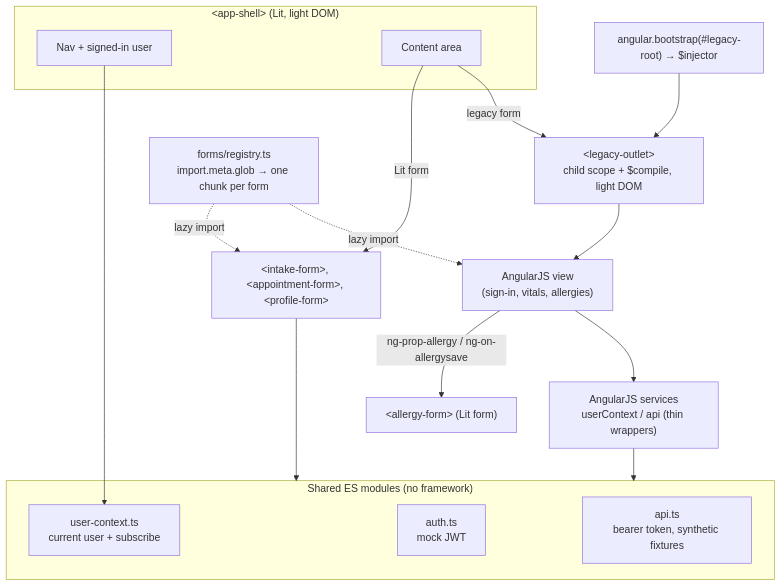
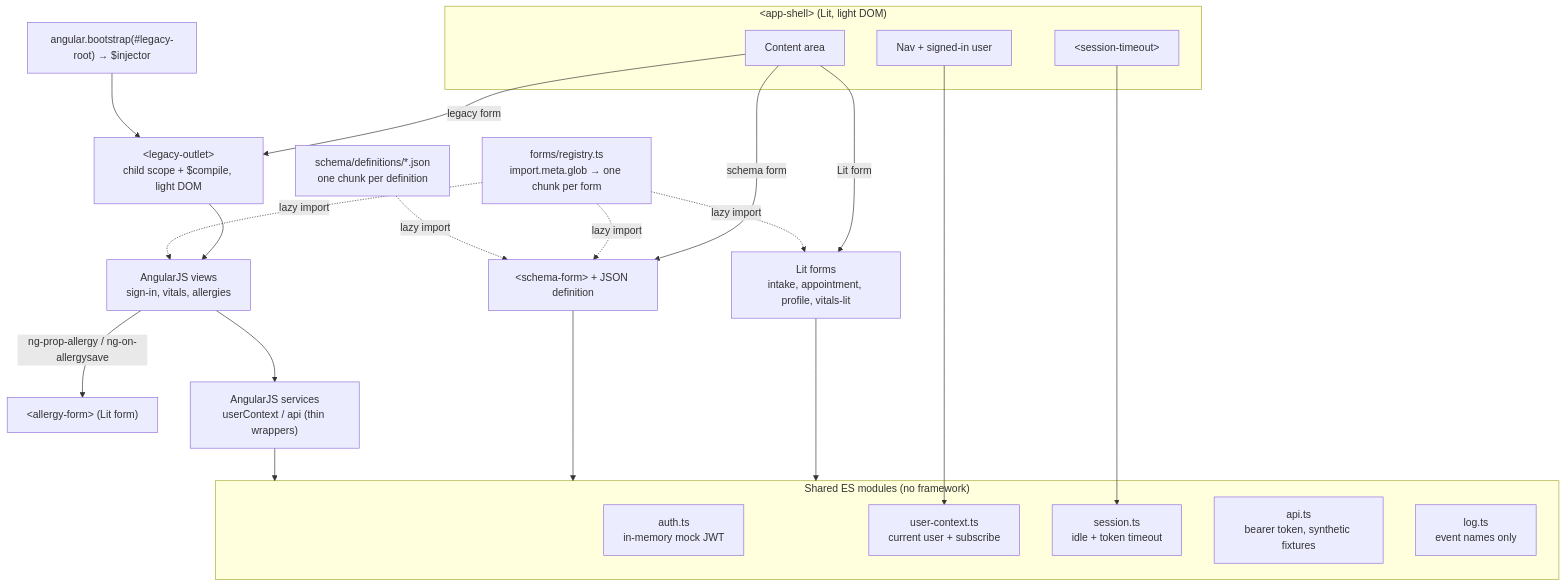
One commit to getupworkdev/angularjs-lit-coexistence-demo changed the diagram in README.md. Above: the diagram before and after it, drawn with Mermaid. The commit also changed other lines of this file, not shown here.

Commit message:
README: live link, conversion guide, schema forms, healthcare practices

````diff
--- a/README.md
+++ b/README.md
@@ -15,27 +18,35 @@
 ```mermaid
 flowchart TB
   subgraph Shell["&lt;app-shell&gt; (Lit, light DOM)"]
     Nav["Nav + signed-in user"]
+    Timeout["&lt;session-timeout&gt;"]
     Content["Content area"]
   end
 
-  Content -->|Lit form| LitForm["&lt;intake-form&gt;, &lt;appointment-form&gt;, &lt;profile-form&gt;"]
+  Content -->|Lit form| LitForm["Lit forms<br/>intake, appointment, profile, vitals-lit"]
+  Content -->|schema form| SchemaPage["&lt;schema-form&gt; + JSON definition"]
   Content -->|legacy form| Outlet["&lt;legacy-outlet&gt;<br/>child scope + $compile, light DOM"]
-  Outlet --> NgView["AngularJS view<br/>(sign-in, vitals, allergies)"]
+  Outlet --> NgView["AngularJS views<br/>sign-in, vitals, allergies"]
   NgView -->|"ng-prop-allergy / ng-on-allergysave"| AllergyForm["&lt;allergy-form&gt; (Lit form)"]
 
   Registry["forms/registry.ts<br/>import.meta.glob → one chunk per form"] -.lazy import.-> LitForm
   Registry -.lazy import.-> NgView
+  Registry -.lazy import.-> SchemaPage
+  Defs["schema/definitions/*.json<br/>one chunk per definition"] -.lazy import.-> SchemaPage
 
   subgraph Shared["Shared ES modules (no framework)"]
-    Auth["auth.ts<br/>mock JWT"]
+    Auth["auth.ts<br/>in-memory mock JWT"]
     Ctx["user-context.ts<br/>current user + subscribe"]
+    Session["session.ts<br/>idle + token timeout"]
     Api["api.ts<br/>bearer token, synthetic fixtures"]
+    Log["log.ts<br/>event names only"]
   end
 
   Wrap["AngularJS services<br/>userContext / api (thin wrappers)"]
   LitForm --> Shared
+  SchemaPage --> Shared
   Nav --> Ctx
+  Timeout --> Session
   NgView --> Wrap --> Shared
   Injector["angular.bootstrap(#legacy-root) → $injector"] --> Outlet
 ```
````
